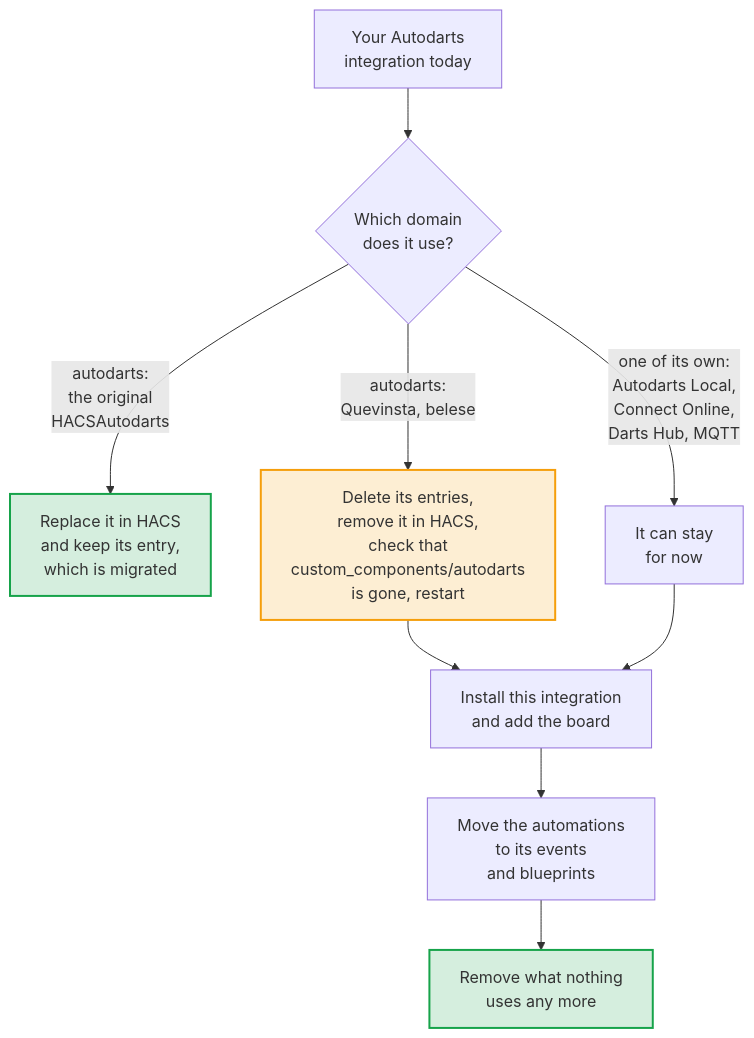
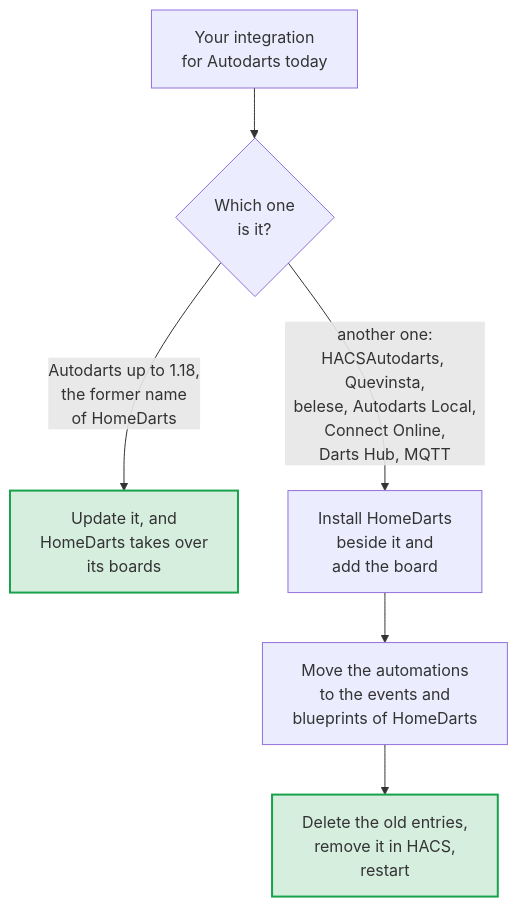
Before and after one commit to Dennis-Otto/ha-autodarts: the diagram in docs/diagrams/coming-from.en.mmd, drawn with Mermaid. The commit also changed 506 other files, not shown here.

First line of the commit message:
feat!: HomeDarts for Autodarts, a name of its own (#442)

```diff
--- a/docs/diagrams/coming-from.en.mmd
+++ b/docs/diagrams/coming-from.en.mmd
@@ -1,15 +1,10 @@
 flowchart TB
-  accTitle: Switching from another Autodarts integration
-  accDescr: The original HACSAutodarts uses the autodarts domain; replace it in HACS and keep its entry, which is migrated. Quevinsta's and belese's integrations use the autodarts domain too; delete their entries, remove them in HACS, check that custom_components/autodarts is gone and restart. Autodarts Local, Autodarts Connect Online, Darts Hub and MQTT bridges have a domain of their own and can stay for now. Then install this integration, add the board, move the automations to its events and blueprints, and remove what nothing uses any more.
-  OLD["Your Autodarts<br/>integration today"] --> DOMAIN{"Which domain<br/>does it use?"}
-  DOMAIN -- "autodarts:<br/>the original<br/>HACSAutodarts" --> KEEP["Replace it in HACS<br/>and keep its entry,<br/>which is migrated"]
-  DOMAIN -- "autodarts:<br/>Quevinsta, belese" --> REMOVE["Delete its entries,<br/>remove it in HACS,<br/>check that<br/>custom_components/autodarts<br/>is gone, restart"]
-  DOMAIN -- "one of its own:<br/>Autodarts Local,<br/>Connect Online,<br/>Darts Hub, MQTT" --> BESIDE["It can stay<br/>for now"]
-  REMOVE --> ADD["Install this integration<br/>and add the board"]
-  BESIDE --> ADD
-  ADD --> MOVE["Move the automations<br/>to its events<br/>and blueprints"]
-  MOVE --> DONE["Remove what nothing<br/>uses any more"]
+  accTitle: Switching from another integration for Autodarts
+  accDescr: The integration under its former name, Autodarts, up to version 1.18, is no other tool: update it, and HomeDarts takes over its boards. Every other integration, such as the original HACSAutodarts, Quevinsta's, belese's, Autodarts Local, Autodarts Connect Online, Darts Hub or an MQTT bridge, can stay while you switch, because HomeDarts has a domain of its own, homedarts. Install HomeDarts beside it and add the board, move the automations to the events and blueprints of HomeDarts, then delete the entries of the old integration, remove it in HACS and restart Home Assistant.
+  OLD["Your integration<br/>for Autodarts today"] --> WHICH{"Which one<br/>is it?"}
+  WHICH -- "Autodarts up to 1.18,<br/>the former name<br/>of HomeDarts" --> TAKE["Update it, and<br/>HomeDarts takes over<br/>its boards"]
+  WHICH -- "another one:<br/>HACSAutodarts, Quevinsta,<br/>belese, Autodarts Local,<br/>Connect Online,<br/>Darts Hub, MQTT" --> ADD["Install HomeDarts<br/>beside it and<br/>add the board"]
+  ADD --> MOVE["Move the automations<br/>to the events and<br/>blueprints of HomeDarts"]
+  MOVE --> DONE["Delete the old entries,<br/>remove it in HACS,<br/>restart"]
   classDef done fill:#16a34a2e,stroke:#16a34a,stroke-width:2px
-  classDef warn fill:#f59e0b2e,stroke:#f59e0b,stroke-width:2px
-  class KEEP,DONE done
-  class REMOVE warn
+  class TAKE,DONE done
```
